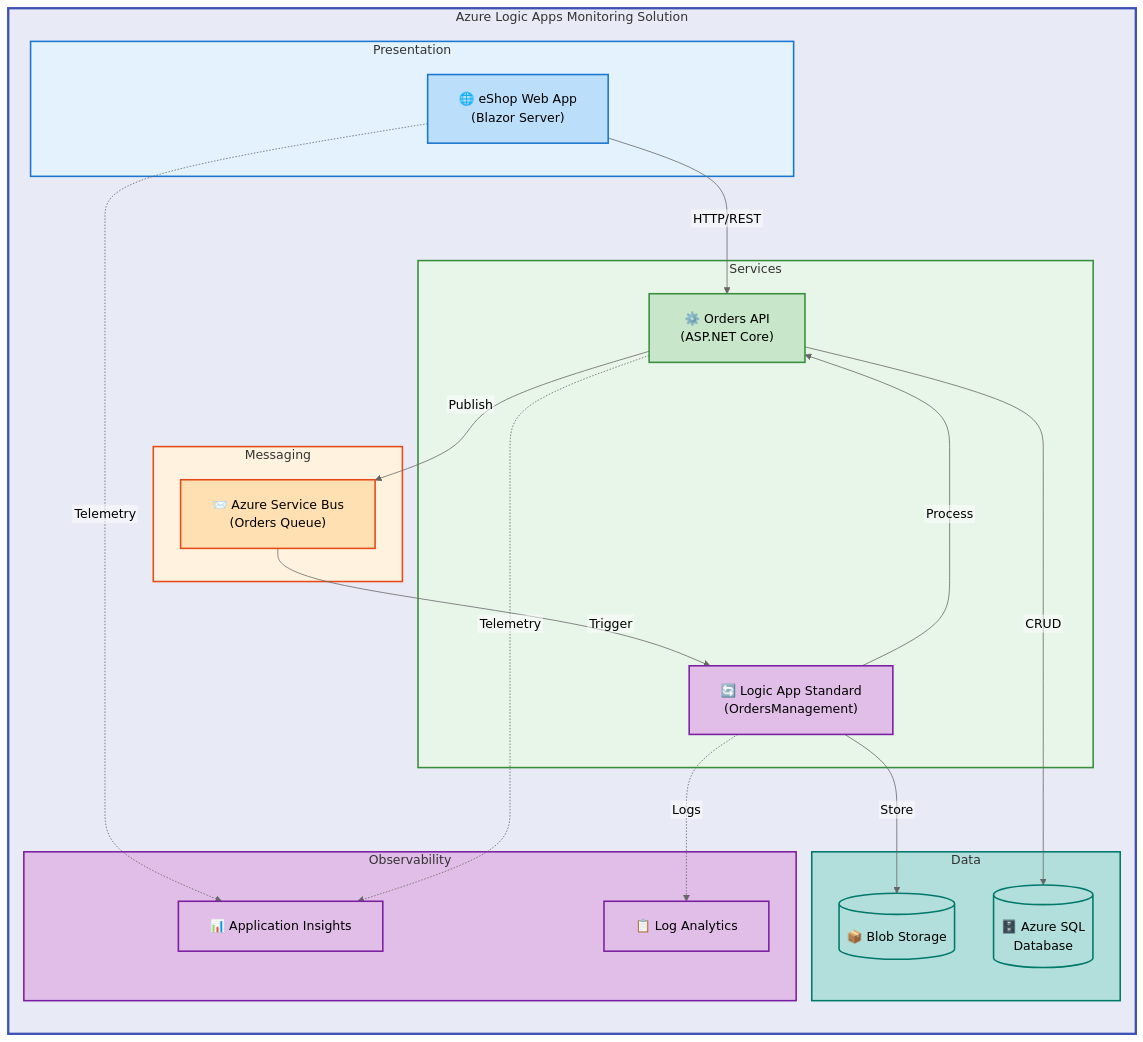
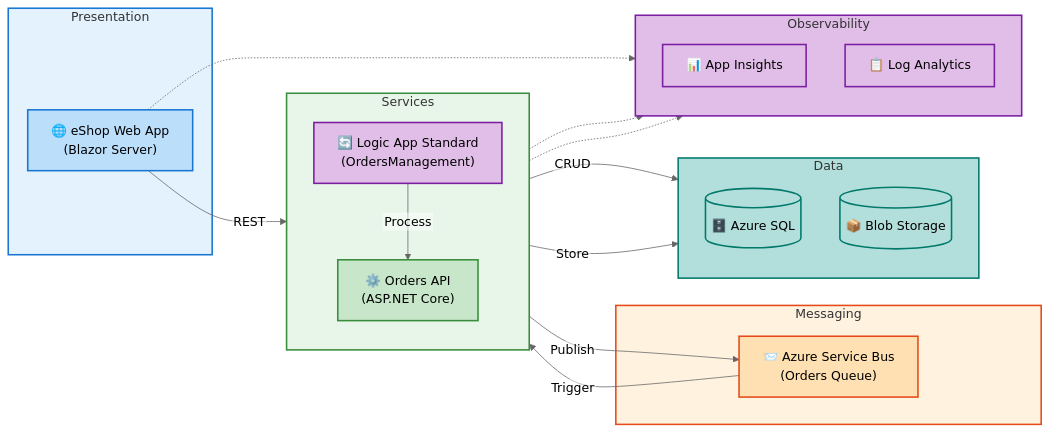
One commit to Evilazaro/Azure-LogicApps-Monitoring changed the diagram in README.md. Above: the diagram before and after it, drawn with Mermaid (neutral theme).

Commit message:
Refactor README.md: update flowchart styling and improve color scheme for clarity

````diff
--- a/README.md
+++ b/README.md
@@ -38,61 +38,55 @@
 ```mermaid
-%%{init: {"flowchart": {"htmlLabels": false, "nodeSpacing": 50, "rankSpacing": 60, "padding": 20}} }%%
-flowchart TB
-    %% ============================================
-    %% COLOR SCHEME: Material Design v2.1
-    %% Main container: Indigo | Layers: Semantic colors
-    %% ============================================
+%%{init: {"flowchart": {"htmlLabels": false}} }%%
+flowchart LR
+    %% Color Classes
+    classDef blue fill:#BBDEFB,stroke:#1976D2,stroke-width:2px,color:#000
+    classDef green fill:#C8E6C9,stroke:#388E3C,stroke-width:2px,color:#000
+    classDef orange fill:#FFE0B2,stroke:#E64A19,stroke-width:2px,color:#000
+    classDef purple fill:#E1BEE7,stroke:#7B1FA2,stroke-width:2px,color:#000
+    classDef teal fill:#B2DFDB,stroke:#00796B,stroke-width:2px,color:#000
 
-    classDef mdBlue fill:#BBDEFB,stroke:#1976D2,stroke-width:2px,color:#000
-    classDef mdGreen fill:#C8E6C9,stroke:#388E3C,stroke-width:2px,color:#000
-    classDef mdOrange fill:#FFE0B2,stroke:#E64A19,stroke-width:2px,color:#000
-    classDef mdPurple fill:#E1BEE7,stroke:#7B1FA2,stroke-width:2px,color:#000
-    classDef mdTeal fill:#B2DFDB,stroke:#00796B,stroke-width:2px,color:#000
-
-    subgraph system["Azure Logic Apps Monitoring Solution"]
-        direction TB
-
-        subgraph presentation["Presentation"]
-            webApp["🌐 eShop Web App<br/>(Blazor Server)"]:::mdBlue
-        end
-
-        subgraph services["Services"]
-            ordersApi["⚙️ Orders API<br/>(ASP.NET Core)"]:::mdGreen
-            logicApp["🔄 Logic App Standard<br/>(OrdersManagement)"]:::mdPurple
-        end
-
-        subgraph messaging["Messaging"]
-            serviceBus["📨 Azure Service Bus<br/>(Orders Queue)"]:::mdOrange
-        end
-
-        subgraph data["Data"]
-            sqlDb[("🗄️ Azure SQL<br/>Database")]:::mdTeal
-            blobStorage[("📦 Blob Storage")]:::mdTeal
-        end
-
-        subgraph observability["Observability"]
-            appInsights["📊 Application Insights"]:::mdPurple
-            logAnalytics["📋 Log Analytics"]:::mdPurple
-        end
-
-        %% Primary Flow
-        webApp -->|"HTTP/REST"| ordersApi
-        ordersApi -->|"Publish"| serviceBus
-        serviceBus -->|"Trigger"| logicApp
-        logicApp -->|"Process"| ordersApi
-        logicApp -->|"Store"| blobStorage
-        ordersApi -->|"CRUD"| sqlDb
-
-        %% Telemetry
-        webApp -.->|"Telemetry"| appInsights
-        ordersApi -.->|"Telemetry"| appInsights
-        logicApp -.->|"Logs"| logAnalytics
+    subgraph presentation["Presentation"]
+        webApp["🌐 eShop Web App<br/>(Blazor Server)"]:::blue
     end
 
-    style system fill:#E8EAF6,stroke:#3F51B5,stroke-width:3px
+    subgraph services["Services"]
+        direction TB
+        ordersApi["⚙️ Orders API<br/>(ASP.NET Core)"]:::green
+        logicApp["🔄 Logic App Standard<br/>(OrdersManagement)"]:::purple
+    end
+
+    subgraph messaging["Messaging"]
+        serviceBus["📨 Azure Service Bus<br/>(Orders Queue)"]:::orange
+    end
+
+    subgraph storage["Data"]
+        direction TB
+        sqlDb[("🗄️ Azure SQL")]:::teal
+        blobStorage[("📦 Blob Storage")]:::teal
+    end
+
+    subgraph observability["Observability"]
+        direction TB
+        appInsights["📊 App Insights"]:::purple
+        logAnalytics["📋 Log Analytics"]:::purple
+    end
+
+    %% Main Flow
+    webApp -->|"REST"| ordersApi
+    ordersApi -->|"Publish"| serviceBus
+    serviceBus -->|"Trigger"| logicApp
+    logicApp -->|"Process"| ordersApi
+    ordersApi -->|"CRUD"| sqlDb
+    logicApp -->|"Store"| blobStorage
+
+    %% Telemetry
+    webApp -.-> appInsights
+    ordersApi -.-> appInsights
+    logicApp -.-> logAnalytics
+
     style presentation fill:#E3F2FD,stroke:#1976D2,stroke-width:2px
     style services fill:#E8F5E9,stroke:#388E3C,stroke-width:2px
     style messaging fill:#FFF3E0,stroke:#E64A19,stroke-width:2px
-    style data fill:#B2DFDB,stroke:#00796B,stroke-width:2px
+    style storage fill:#B2DFDB,stroke:#00796B,stroke-width:2px
     style observability fill:#E1BEE7,stroke:#7B1FA2,stroke-width:2px
 ```
````
